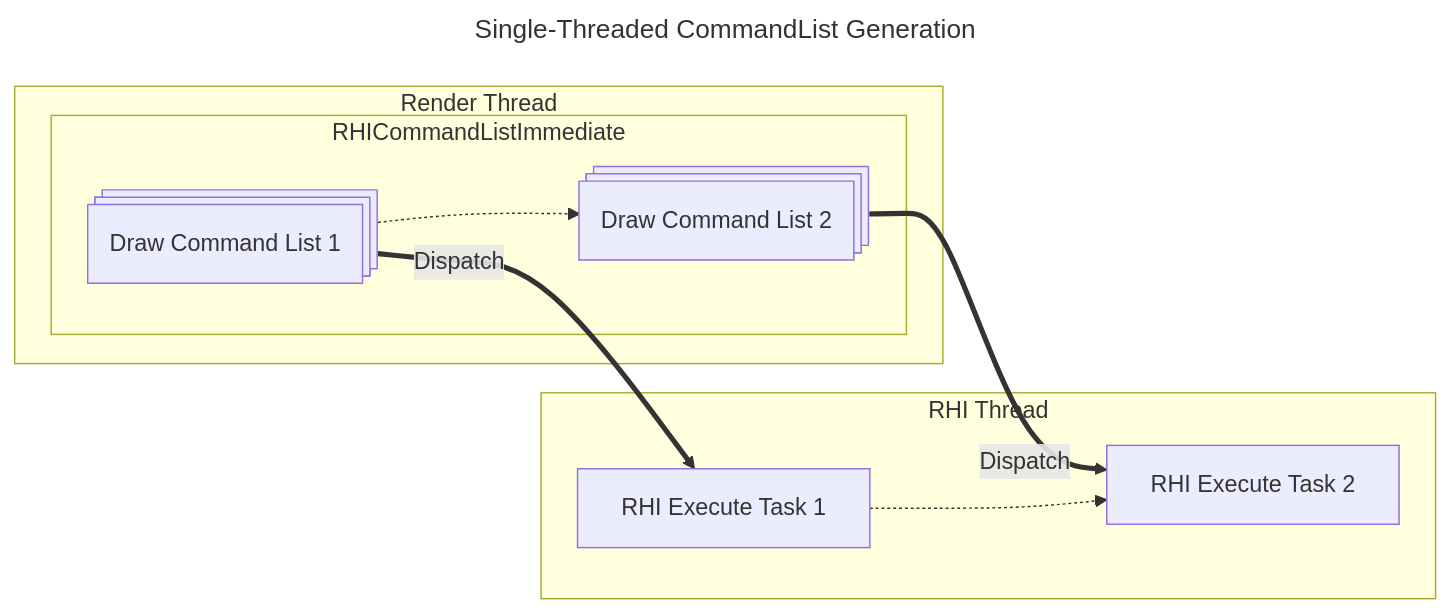
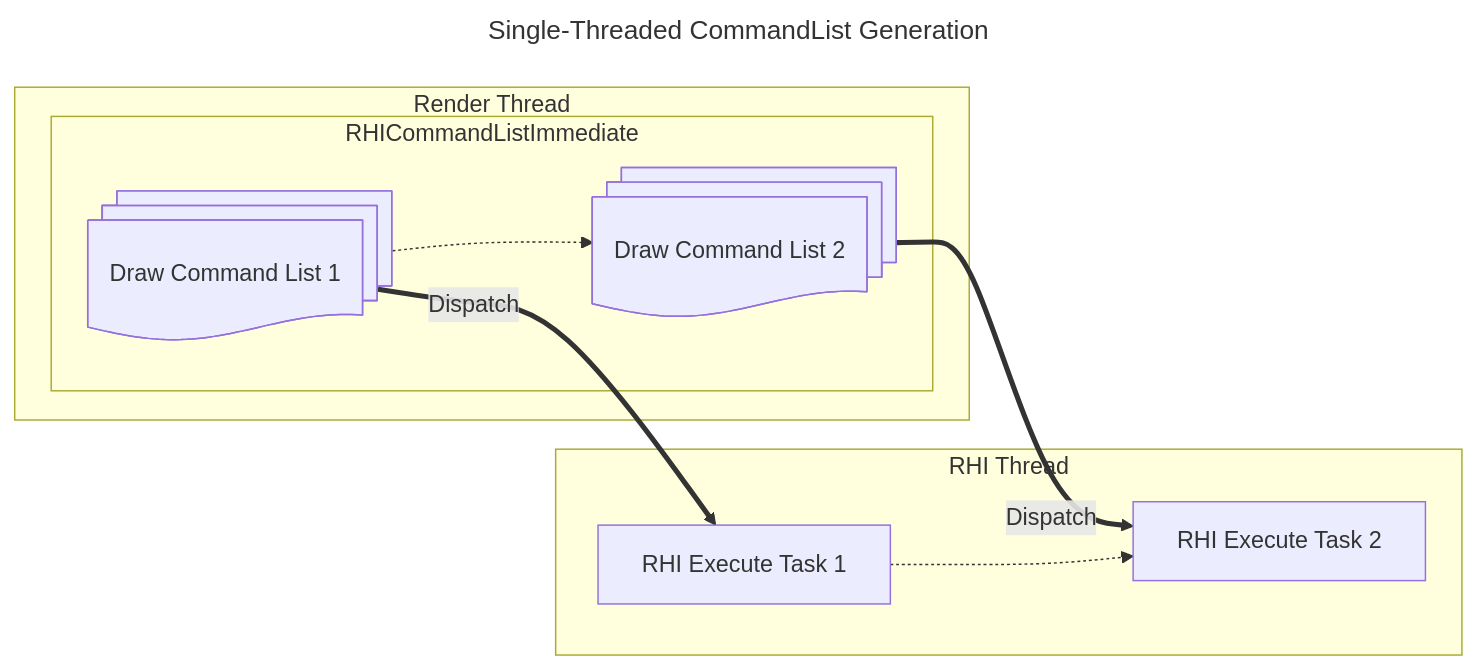
Before and after one commit to IdioticProgramApe/IdioticProgramApe.github.io: the sixth of 7 diagrams in _posts/2025-10-31-unreal-multithreaded-rendering.md, drawn with Mermaid. The commit also changed other lines of this file, not shown here.

````diff
--- a/_posts/2025-10-31-unreal-multithreaded-rendering.md
+++ b/_posts/2025-10-31-unreal-multithreaded-rendering.md
@@ -139,22 +139,22 @@
 ```mermaid
 ---
 title: Single-Threaded CommandList Generation
 ---
 flowchart LR
     subgraph RT [Render Thread]
         subgraph RHICommandListImmediate
-            Draw1@{ shape: procs, label: "Draw Command List 1" }
-            Draw2@{ shape: procs, label: "Draw Command List 2" }
+            Draw1@{ shape: docs, label: "Draw Command List 1" }
+            Draw2@{ shape: docs, label: "Draw Command List 2" }
             Draw1 -.-> Draw2
         end
     end
     
     Draw1 == Dispatch ==> Task1
     Draw2 == Dispatch ==> Task2
     
     subgraph RHI [RHI Thread]
         Task1["RHI Execute Task 1"]
         Task2["RHI Execute Task 2"]
         Task1 -.-> Task2
     end
 ```
````
